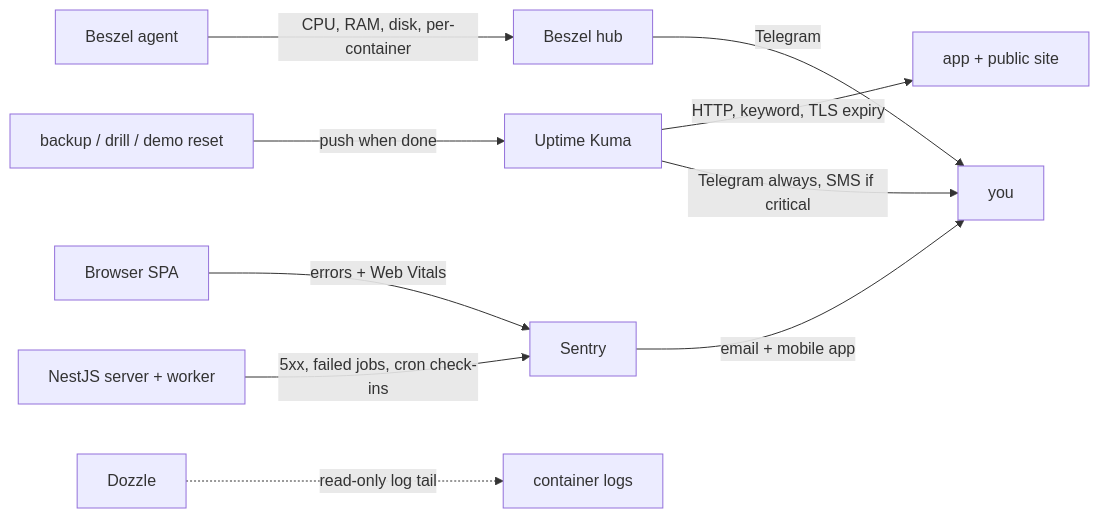
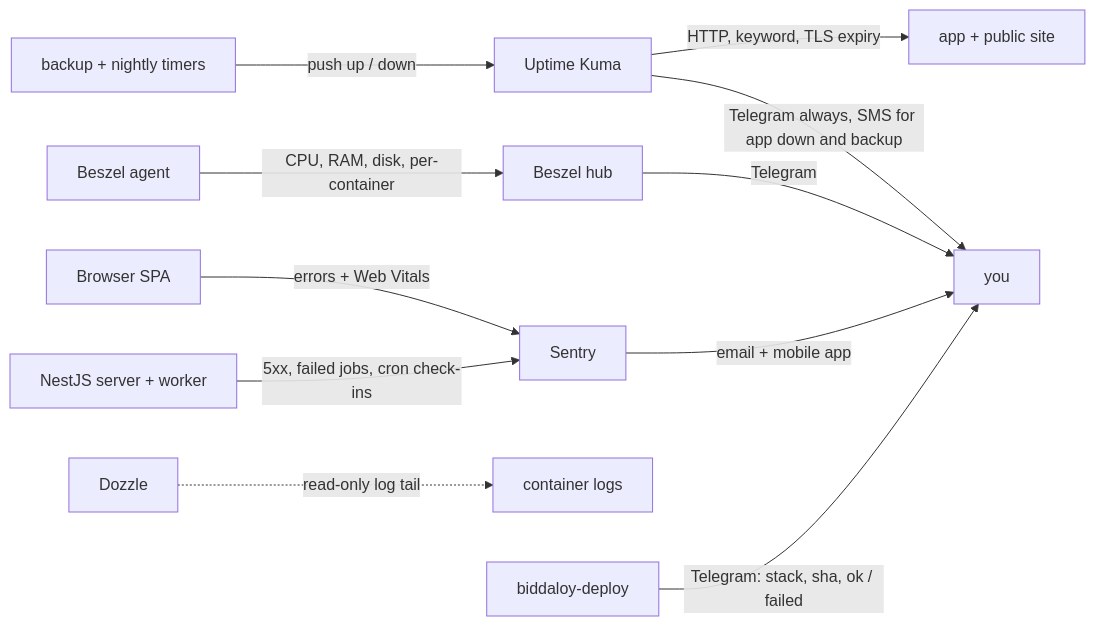
One commit to tareq89/biddaloy changed the first of 12 diagrams in docs/architecture/12-operations.md. Above: the diagram before and after it, drawn with Mermaid. The commit also changed other lines of this file and 9 other files, not shown here.

First line of the commit message:
docs(deploy): rewrite deployment, operations, backup and Cloudflare docs for the one-VM setup (#2805)

````diff
--- a/docs/architecture/12-operations.md
+++ b/docs/architecture/12-operations.md
@@ -16,12 +40,13 @@
 ```mermaid
 flowchart LR
     client["Browser SPA"] -->|errors + Web Vitals| sentry["Sentry"]
     server["NestJS server + worker"] -->|5xx, failed jobs, cron check-ins| sentry
     kuma["Uptime Kuma"] -->|HTTP, keyword, TLS expiry| app["app + public site"]
-    jobs["backup / drill / demo reset"] -->|push when done| kuma
+    jobs["backup + nightly timers"] -->|"push up / down"| kuma
     beszel["Beszel agent"] -->|CPU, RAM, disk, per-container| hub["Beszel hub"]
     dozzle["Dozzle"] -.->|read-only log tail| logs["container logs"]
-    kuma -->|Telegram always, SMS if critical| oncall["you"]
+    kuma -->|"Telegram always, SMS for app down and backup"| oncall["you"]
     hub -->|Telegram| oncall
     sentry -->|email + mobile app| oncall
+    deploy["biddaloy-deploy"] -->|"Telegram: stack, sha, ok / failed"| oncall
 ```
````
